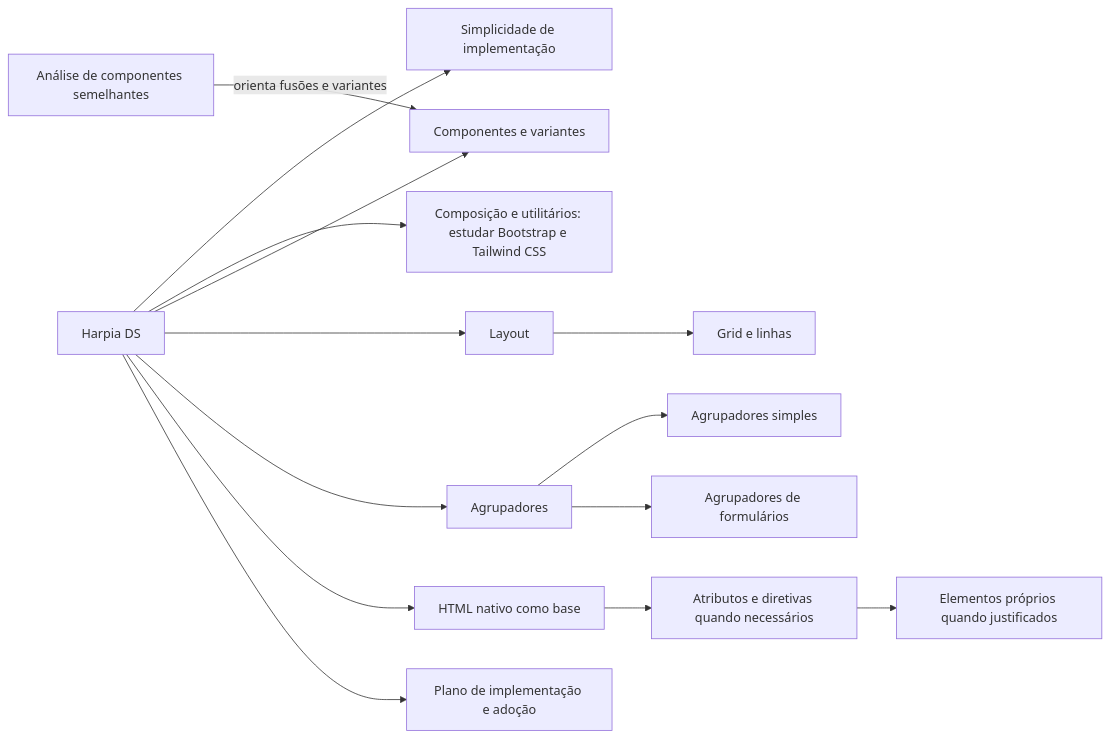
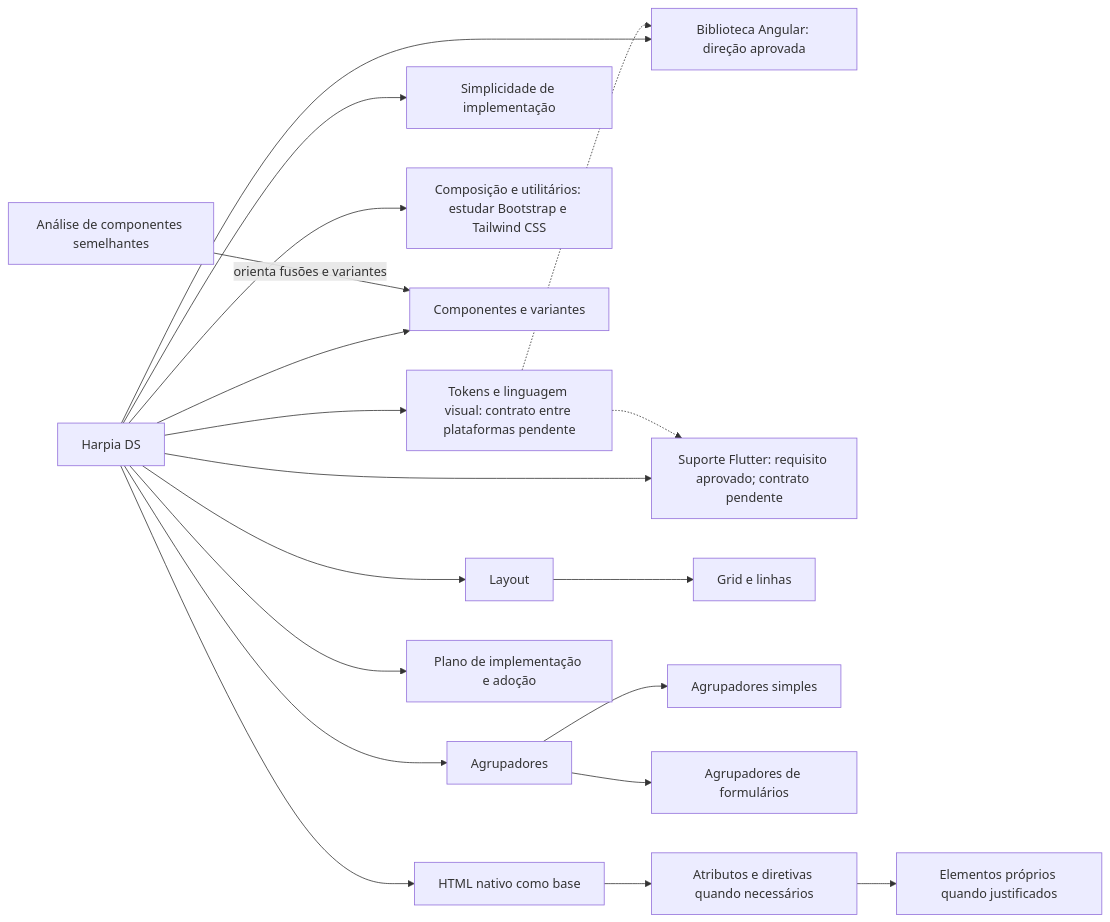
The second of 2 diagrams in docs/context/graph.md (rysecodebr/harpia-ds), drawn with Mermaid before and after one commit. The commit also changed 6 other files, not shown here.

Commit message:
docs(tokens): registre análise inicial e suporte Flutter

````diff
--- a/docs/context/graph.md
+++ b/docs/context/graph.md
@@ -26,31 +26,39 @@
 ```mermaid
 flowchart LR
     Harpia["Harpia DS"]
+    Angular["Biblioteca Angular: direção aprovada"]
+    Flutter["Suporte Flutter: requisito aprovado; contrato pendente"]
+    Tokens["Tokens e linguagem visual: contrato entre plataformas pendente"]
     Simplicidade["Simplicidade de implementação"]
     Composicao["Composição e utilitários: estudar Bootstrap e Tailwind CSS"]
     Componentes["Componentes e variantes"]
     Layout["Layout"]
     Grupos["Agrupadores"]
     Grid["Grid e linhas"]
     Simples["Agrupadores simples"]
     Forms["Agrupadores de formulários"]
     Analise["Análise de componentes semelhantes"]
     HTML["HTML nativo como base"]
     Diretivas["Atributos e diretivas quando necessários"]
     Proprios["Elementos próprios quando justificados"]
     Plano["Plano de implementação e adoção"]
 
     Harpia --> Simplicidade
+    Harpia --> Angular
+    Harpia --> Flutter
+    Harpia --> Tokens
+    Tokens -.-> Angular
+    Tokens -.-> Flutter
     Harpia --> Composicao
     Harpia --> Componentes
     Harpia --> Layout
     Harpia --> Grupos
     Layout --> Grid
     Grupos --> Simples
     Grupos --> Forms
     Analise -->|orienta fusões e variantes| Componentes
     Harpia --> HTML
     HTML --> Diretivas
     Diretivas --> Proprios
     Harpia --> Plano
 ```
````
